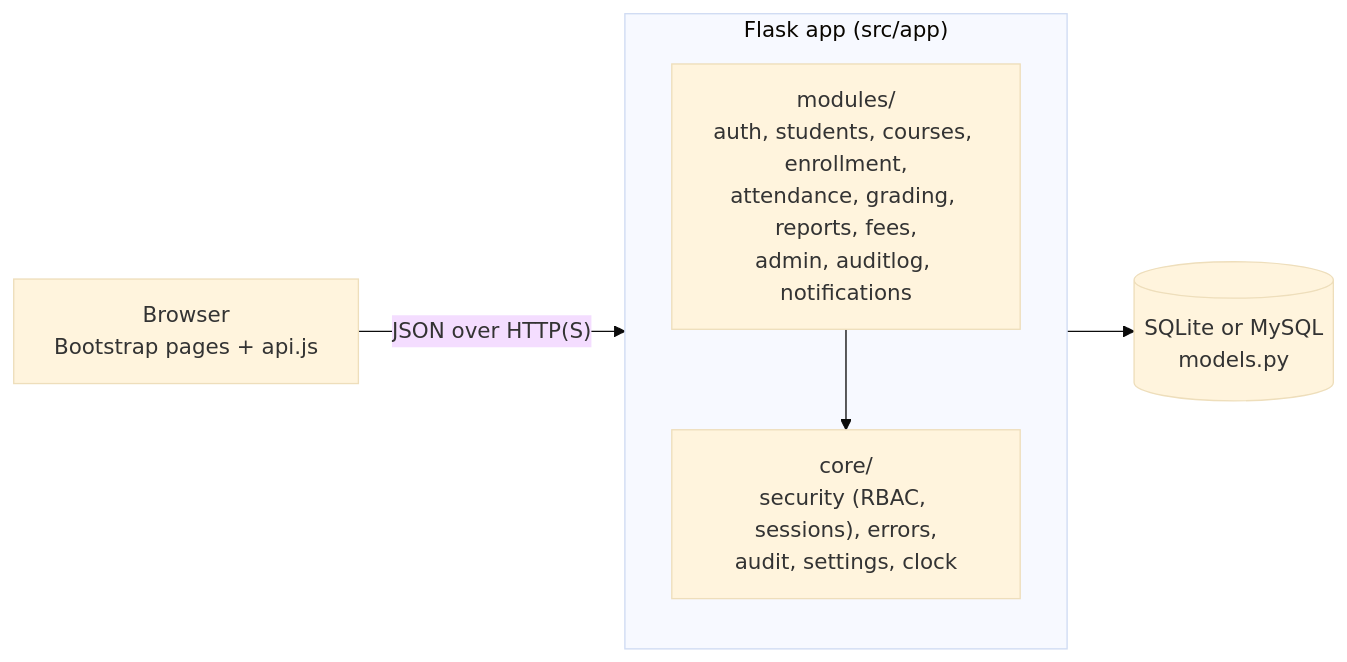
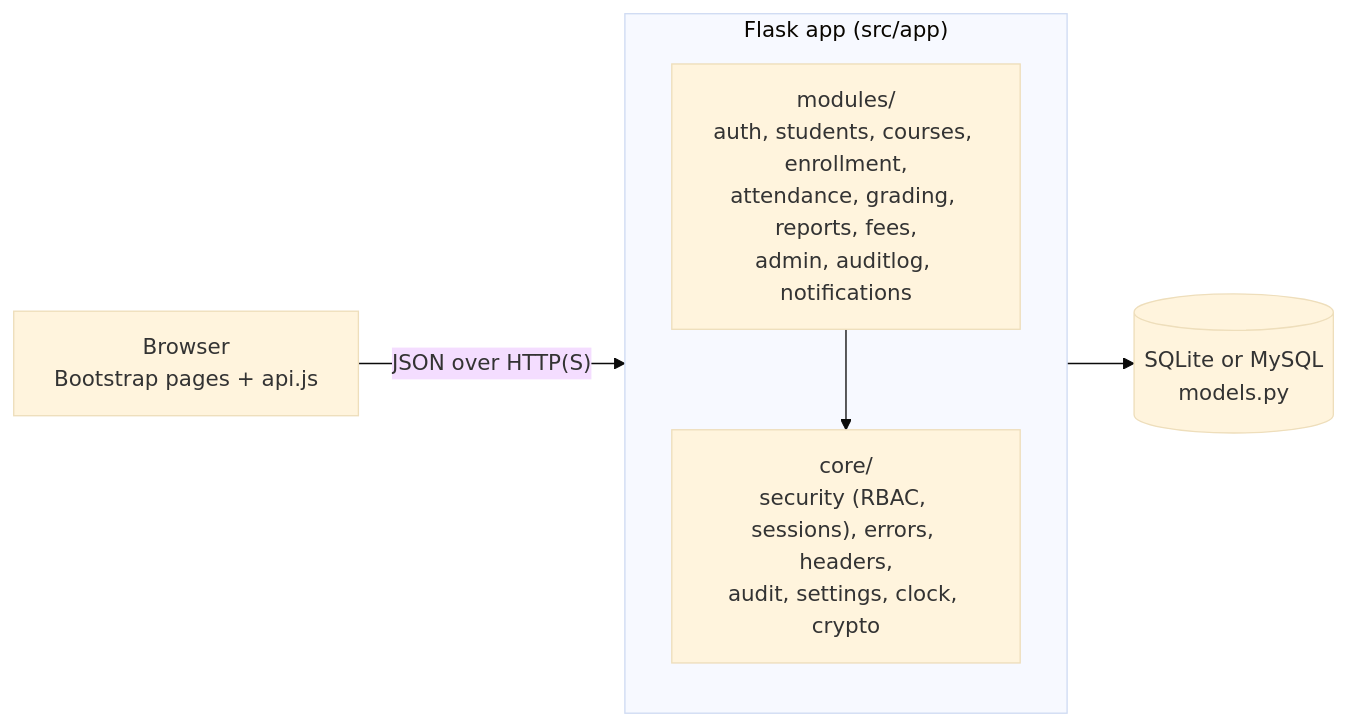
Before and after one commit to TSSathyaKiran/SE_MINIPROJECT: the first of 2 diagrams in README.md, drawn with Mermaid (base theme). The commit also changed other lines of this file and 5 other files, not shown here.

Commit message:
docs(readme): add screenshots, badges and diagrams (#10)

````diff
--- a/README.md
+++ b/README.md
@@ -93,10 +138,10 @@
 ```mermaid
 flowchart LR
     B["Browser<br/>Bootstrap pages + api.js"] -->|"JSON over HTTP(S)"| F
     subgraph F["Flask app (src/app)"]
         M["modules/<br/>auth, students, courses, enrollment,<br/>attendance, grading, reports, fees,<br/>admin, auditlog, notifications"]
-        C["core/<br/>security (RBAC, sessions), errors,<br/>audit, settings, clock"]
+        C["core/<br/>security (RBAC, sessions), errors, headers,<br/>audit, settings, clock, crypto"]
         M --> C
     end
     F --> D[("SQLite or MySQL<br/>models.py")]
 ```
````
